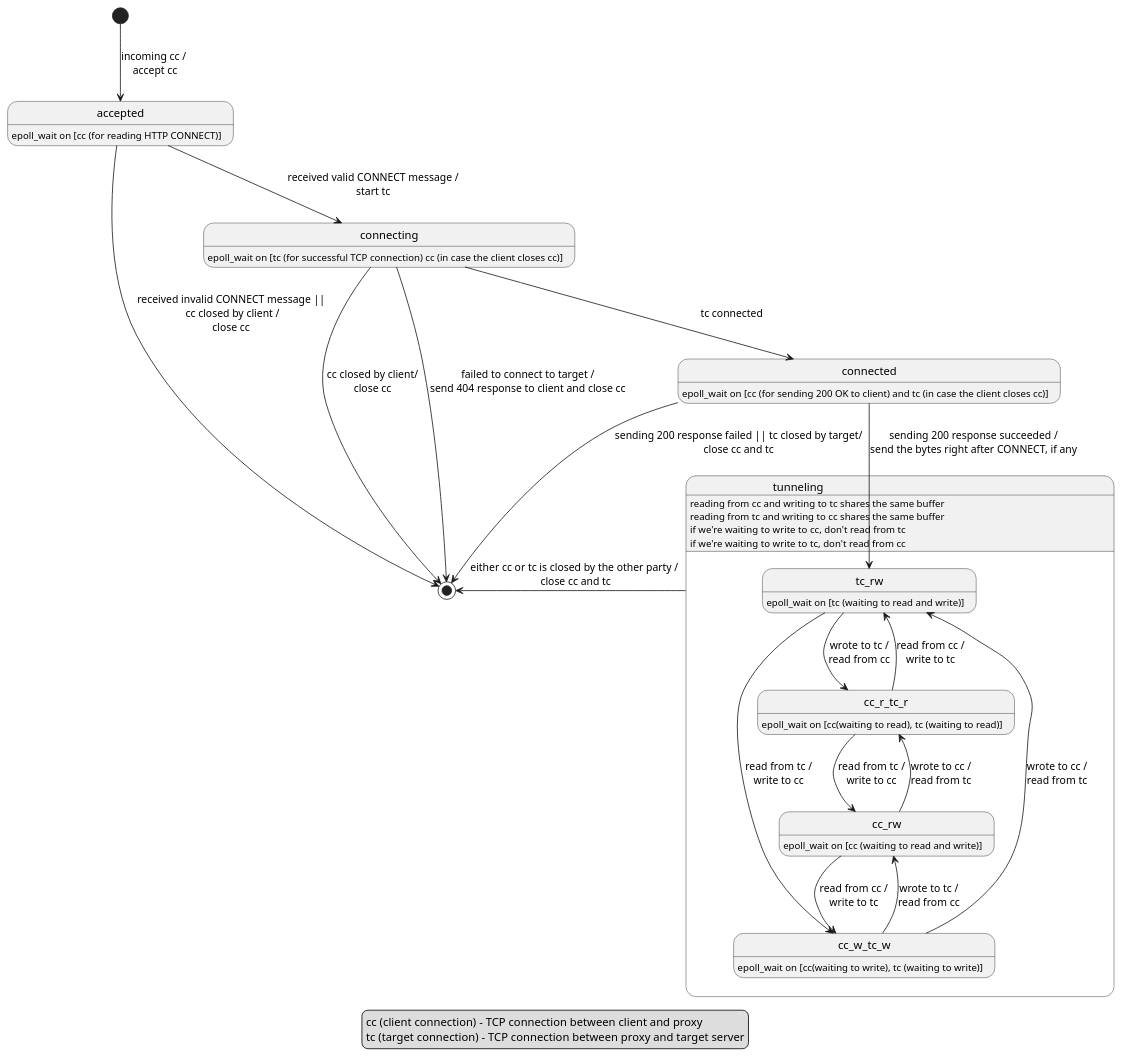
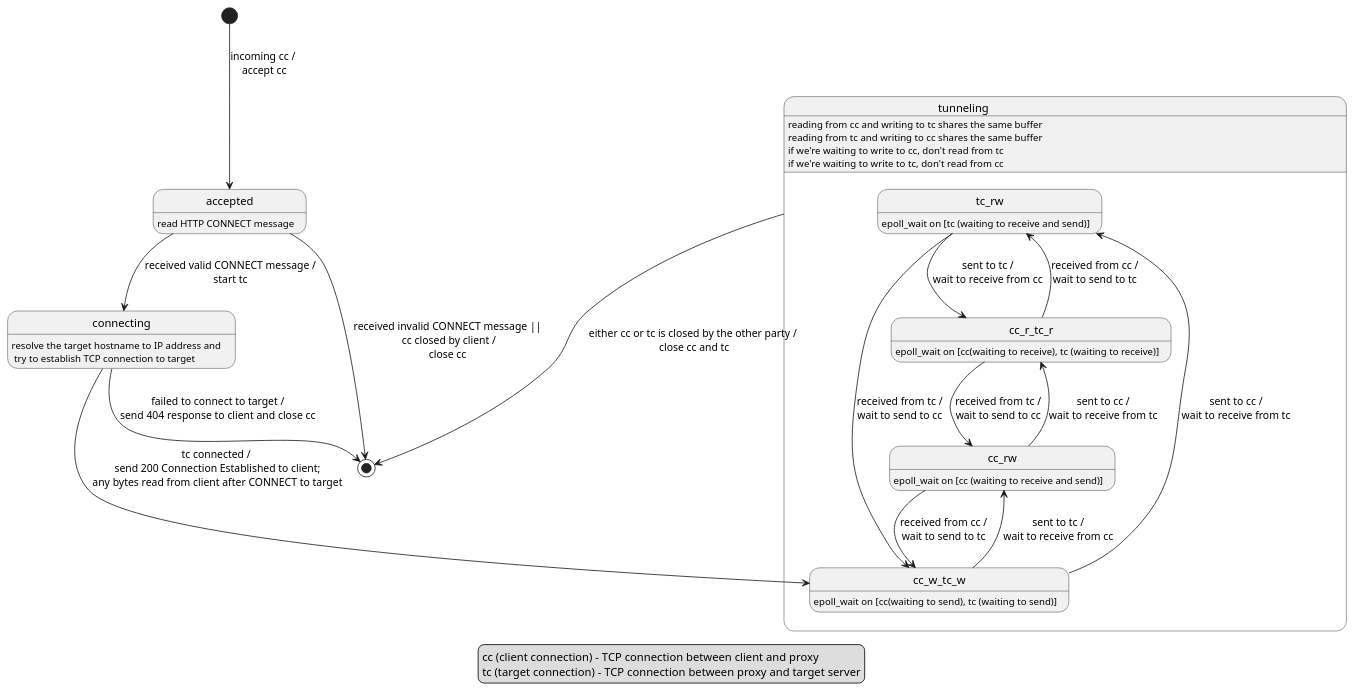
Before and after one commit to gary-lgy/https-proxy: the diagram in docs/state-transition-diagram.puml, drawn with PlantUML. The commit also changed 2 other files, not shown here.

Commit message:
Update state transition diagram

```diff
--- a/docs/state-transition-diagram.puml
+++ b/docs/state-transition-diagram.puml
@@ -1,55 +1,48 @@
 @startuml
 
 legend
 cc (client connection) - TCP connection between client and proxy
 tc (target connection) - TCP connection between proxy and target server
 end legend
 
 [*] --> accepted : incoming cc /\n accept cc
 
-accepted : epoll_wait on [cc (for reading HTTP CONNECT)]
+accepted : read HTTP CONNECT message
 
 accepted --> connecting : received valid CONNECT message /\nstart tc
 accepted --> [*] : received invalid CONNECT message ||\n cc closed by client /\nclose cc
 
-connecting : epoll_wait on [tc (for successful TCP connection) cc (in case the client closes cc)]
+connecting : resolve the target hostname to IP address and \n try to establish TCP connection to target
 
-connecting --> [*] : cc closed by client/\nclose cc
 connecting --> [*] : failed to connect to target /\nsend 404 response to client and close cc
-
-connecting --> connected : tc connected
-
-connected : epoll_wait on [cc (for sending 200 OK to client) and tc (in case the client closes cc)]
-
-connected --> [*] : sending 200 response failed || tc closed by target/\nclose cc and tc
 
 state tunneling {
 
     tunneling : reading from cc and writing to tc shares the same buffer
     tunneling : reading from tc and writing to cc shares the same buffer
     tunneling : if we're waiting to write to cc, don't read from tc
     tunneling : if we're waiting to write to tc, don't read from cc
 
-    tc_rw : epoll_wait on [tc (waiting to read and write)]
-    cc_r_tc_r : epoll_wait on [cc(waiting to read), tc (waiting to read)]
-    cc_w_tc_w : epoll_wait on [cc(waiting to write), tc (waiting to write)]
-    cc_rw : epoll_wait on [cc (waiting to read and write)]
+    tc_rw : epoll_wait on [tc (waiting to receive and send)]
+    cc_r_tc_r : epoll_wait on [cc(waiting to receive), tc (waiting to receive)]
+    cc_w_tc_w : epoll_wait on [cc(waiting to send), tc (waiting to send)]
+    cc_rw : epoll_wait on [cc (waiting to receive and send)]
 
-    tc_rw --> cc_r_tc_r : wrote to tc /\nread from cc
-    tc_rw --> cc_w_tc_w : read from tc /\nwrite to cc
+    tc_rw --> cc_r_tc_r : sent to tc /\nwait to receive from cc
+    tc_rw --> cc_w_tc_w : received from tc /\nwait to send to cc
 
-    cc_r_tc_r --> tc_rw : read from cc /\nwrite to tc
-    cc_r_tc_r --> cc_rw : read from tc /\nwrite to cc
+    cc_r_tc_r --> tc_rw : received from cc /\nwait to send to tc
+    cc_r_tc_r --> cc_rw : received from tc /\nwait to send to cc
 
-    cc_w_tc_w --> tc_rw : wrote to cc /\nread from tc
-    cc_w_tc_w --> cc_rw : wrote to tc /\nread from cc
+    cc_w_tc_w --> tc_rw : sent to cc /\nwait to receive from tc
+    cc_w_tc_w --> cc_rw : sent to tc /\nwait to receive from cc
 
-    cc_rw --> cc_r_tc_r: wrote to cc /\nread from tc
-    cc_rw --> cc_w_tc_w: read from cc /\nwrite to tc
+    cc_rw --> cc_r_tc_r: sent to cc /\nwait to receive from tc
+    cc_rw --> cc_w_tc_w: received from cc /\nwait to send to tc
 }
 
-connected --> tc_rw : sending 200 response succeeded /\nsend the bytes right after CONNECT, if any
+connecting ---> cc_w_tc_w : tc connected /\n send 200 Connection Established to client;\n any bytes read from client after CONNECT to target
 
-tunneling -> [*] : either cc or tc is closed by the other party /\n close cc and tc
+tunneling --> [*] : either cc or tc is closed by the other party /\n close cc and tc
 
 @enduml
```
